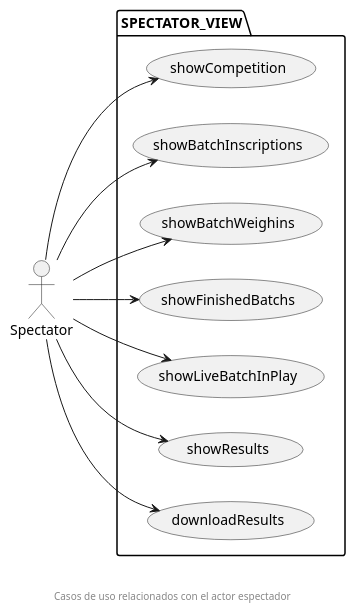
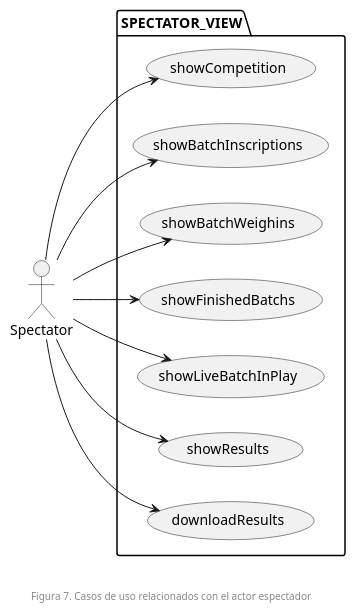
One commit to zuldare/mastercloud_pfm_halterocms changed the diagram in diagrams/usecases/spectators.puml. Above: the diagram before and after it, drawn with PlantUML. The commit also changed 12 other files, not shown here.

```diff
--- a/diagrams/usecases/spectators.puml
+++ b/diagrams/usecases/spectators.puml
@@ -1,23 +1,23 @@
 @startuml
 left to right direction
 
 package SPECTATOR_VIEW {
   usecase showCompetition
   usecase showBatchInscriptions
   usecase showBatchWeighins
   usecase showFinishedBatchs
   usecase showLiveBatchInPlay
   usecase showResults
   usecase downloadResults
 }
 
 Spectator --> showCompetition
 Spectator --> showBatchInscriptions
 Spectator --> showBatchWeighins
 Spectator --> showFinishedBatchs
 Spectator --> showLiveBatchInPlay
 Spectator --> showResults
 Spectator --> downloadResults
 
-footer \n\n Casos de uso relacionados con el actor espectador
+footer \n\nFigura 7. Casos de uso relacionados con el actor espectador
 @enduml
```
